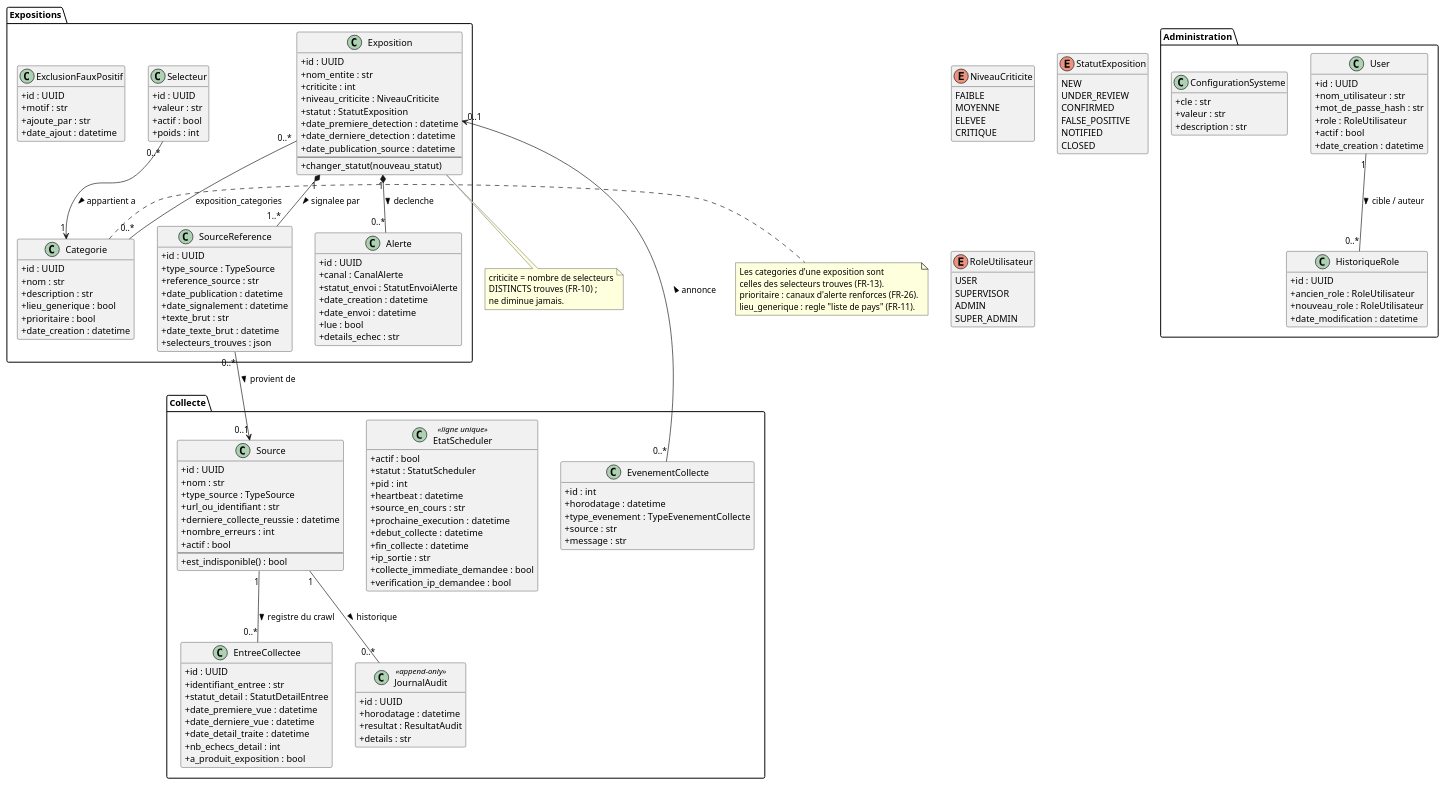
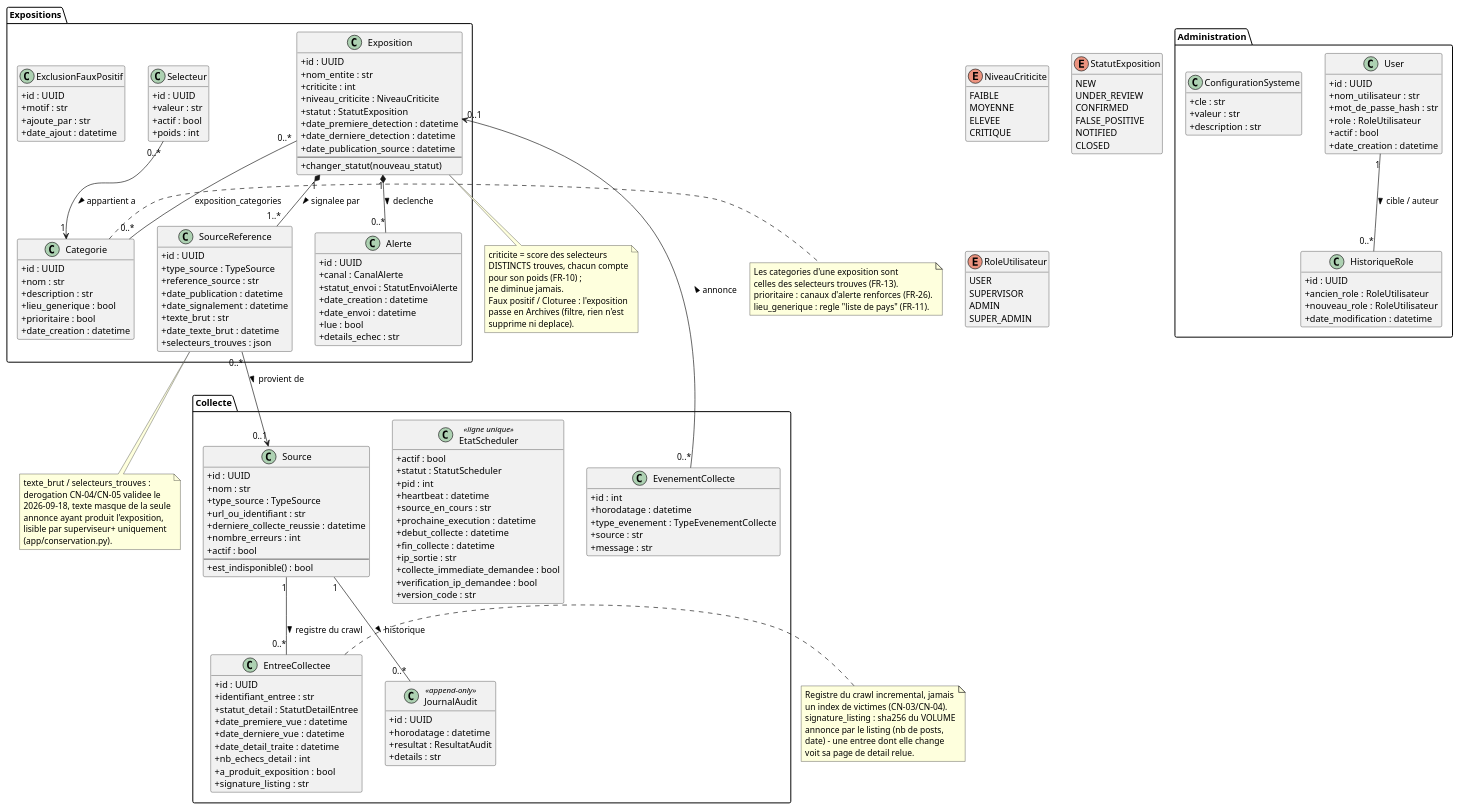
One commit to vnyay1/dark-web-monitoring changed the diagram in docs/uml/classes.puml. Above: the diagram before and after it, drawn with PlantUML. The commit also changed 3 other files, not shown here.

Commit message:
feat(docs): update UML diagrams and README for enhanced clarity on data collection and processing

```diff
--- a/docs/uml/classes.puml
+++ b/docs/uml/classes.puml
@@ -90,6 +90,7 @@
     +date_detail_traite : datetime
     +nb_echecs_detail : int
     +a_produit_exposition : bool
+    +signature_listing : str
   }
 
   class JournalAudit <<append-only>> {
@@ -111,6 +112,7 @@
     +ip_sortie : str
     +collecte_immediate_demandee : bool
     +verification_ip_demandee : bool
+    +version_code : str
   }
 
   class EvenementCollecte {
@@ -188,9 +190,31 @@
 end note
 
 note bottom of Exposition
-  criticite = nombre de selecteurs
-  DISTINCTS trouves (FR-10) ;
+  criticite = score des selecteurs
+  DISTINCTS trouves, chacun compte
+  pour son poids (FR-10) ;
   ne diminue jamais.
+  Faux positif / Cloturee : l'exposition
+  passe en Archives (filtre, rien n'est
+  supprime ni deplace).
+end note
+
+note right of EntreeCollectee
+  Registre du crawl incremental, jamais
+  un index de victimes (CN-03/CN-04).
+  signature_listing : sha256 du VOLUME
+  annonce par le listing (nb de posts,
+  date) - une entree dont elle change
+  voit sa page de detail relue.
+end note
+
+note bottom of SourceReference
+  texte_brut / selecteurs_trouves :
+  derogation CN-04/CN-05 validee le
+  2026-09-18, texte masque de la seule
+  annonce ayant produit l'exposition,
+  lisible par superviseur+ uniquement
+  (app/conservation.py).
 end note
 
 @enduml
```
